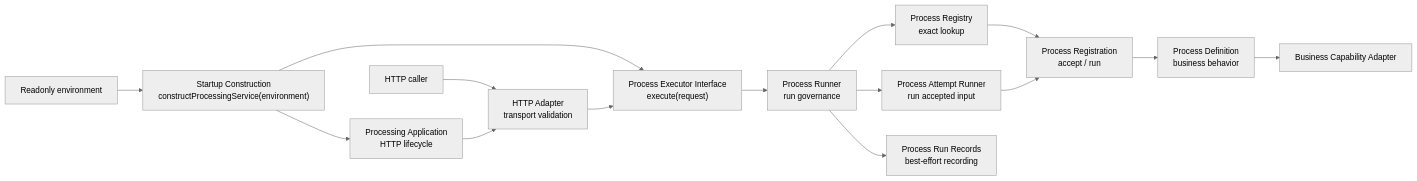
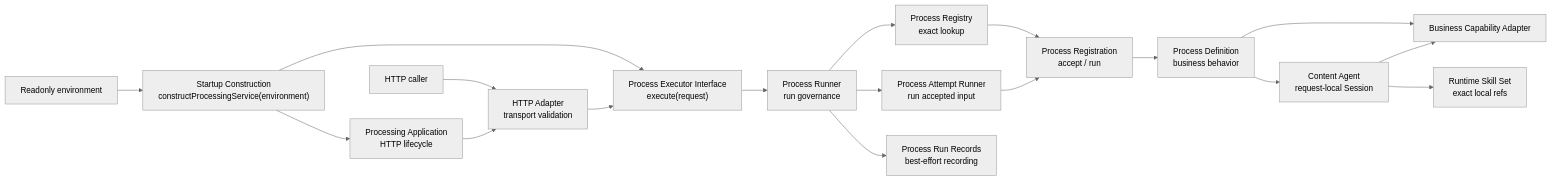
One commit to hkai-ai/pipipi changed the diagram in docs/process-runtime-design.md. Above: the diagram before and after it, drawn with Mermaid (neutral theme). The commit also changed other lines of this file and 29 other files, not shown here.

Commit message:
feat: support bound runtime skill sets

````diff
--- a/docs/process-runtime-design.md
+++ b/docs/process-runtime-design.md
@@ -22,17 +22,20 @@
 ```mermaid
 flowchart LR
     Env["Readonly environment"] --> Startup["Startup Construction<br/>constructProcessingService(environment)"]
     Startup --> Application["Processing Application<br/>HTTP lifecycle"]
     Startup --> Executor
     Caller["HTTP caller"] --> Http["HTTP Adapter<br/>transport validation"]
     Application --> Http
     Http --> Executor["Process Executor Interface<br/>execute(request)"]
     Executor --> Runner["Process Runner<br/>run governance"]
     Runner --> Registry["Process Registry<br/>exact lookup"]
     Runner --> Attempt["Process Attempt Runner<br/>run accepted input"]
     Registry --> Registration["Process Registration<br/>accept / run"]
     Attempt --> Registration
     Registration --> Definition["Process Definition<br/>business behavior"]
     Definition --> Capability["Business Capability Adapter"]
+    Definition --> Agent["Content Agent<br/>request-local Session"]
+    Agent --> Skills["Runtime Skill Set<br/>exact local refs"]
+    Agent --> Capability
     Runner --> Records["Process Run Records<br/>best-effort recording"]
 ```
````
